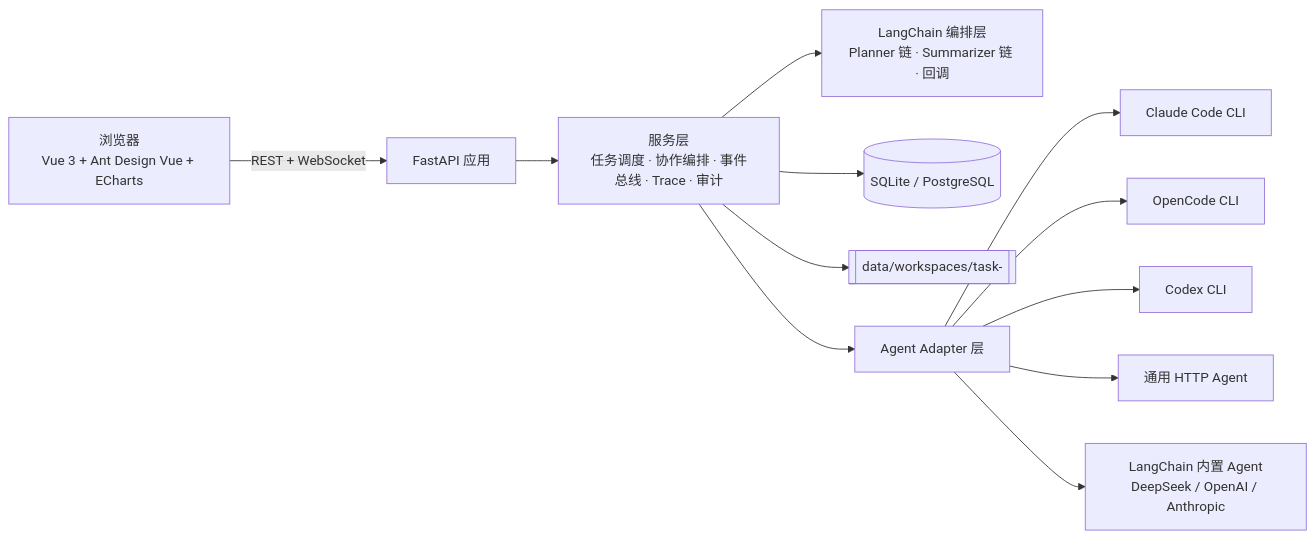
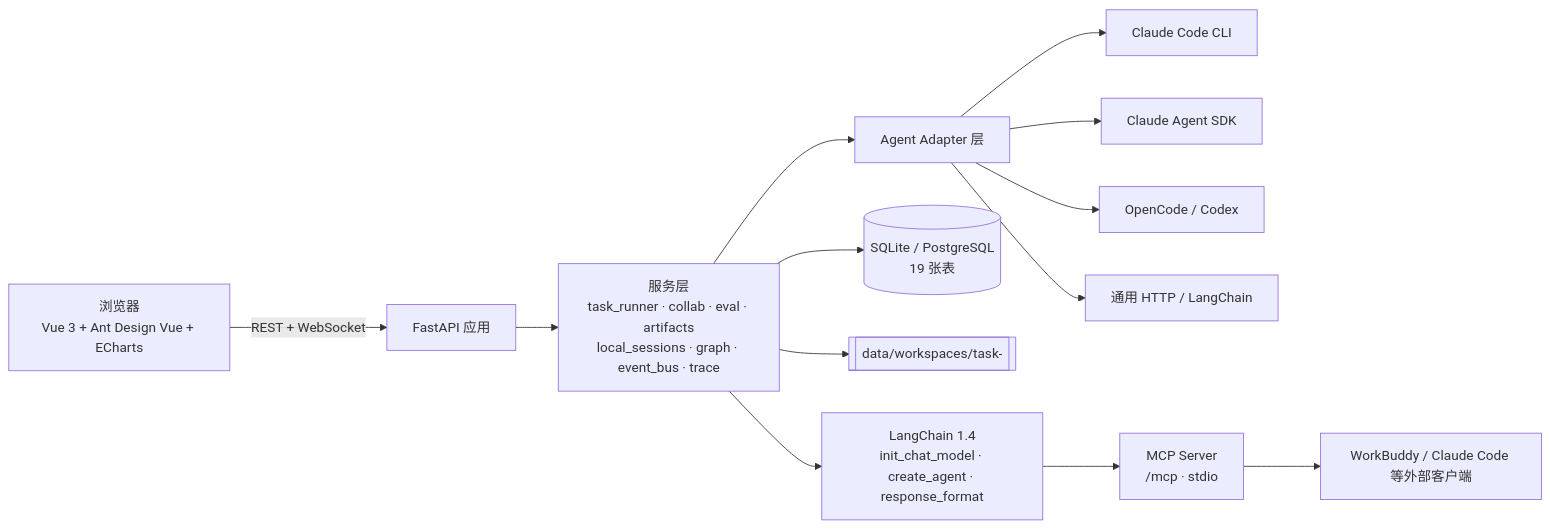
The diagram in README.md (adg9527/agentops-center), drawn with Mermaid before and after one commit. The commit also changed other lines of this file and 2 other files, not shown here.

First line of the commit message:
docs: 按当前代码与页面重写 README，新增功能地图文档

````diff
--- a/README.md
+++ b/README.md
@@ -122,14 +71,15 @@
 ```mermaid
 flowchart LR
   U["浏览器<br/>Vue 3 + Ant Design Vue + ECharts"] -->|REST + WebSocket| A["FastAPI 应用"]
-  A --> S["服务层<br/>任务调度 · 协作编排 · 事件总线 · Trace · 审计"]
-  S --> L["LangChain 编排层<br/>Planner 链 · Summarizer 链 · 回调"]
-  S --> DB[("SQLite / PostgreSQL")]
+  A --> S["服务层<br/>task_runner · collab · eval · artifacts<br/>local_sessions · graph · event_bus · trace"]
+  S --> L["LangChain 1.4<br/>init_chat_model · create_agent · response_format"]
+  S --> DB[("SQLite / PostgreSQL<br/>19 张表")]
   S --> W[["data/workspaces/task-<id>"]]
   S --> AD["Agent Adapter 层"]
   AD --> C1["Claude Code CLI"]
-  AD --> C2["OpenCode CLI"]
-  AD --> C3["Codex CLI"]
-  AD --> C4["通用 HTTP Agent"]
-  AD --> C5["LangChain 内置 Agent<br/>DeepSeek / OpenAI / Anthropic"]
+  AD --> C2["Claude Agent SDK"]
+  AD --> C3["OpenCode / Codex"]
+  AD --> C4["通用 HTTP / LangChain"]
+  L --> M["MCP Server<br/>/mcp · stdio"]
+  M --> X["WorkBuddy / Claude Code 等外部客户端"]
 ```
````
